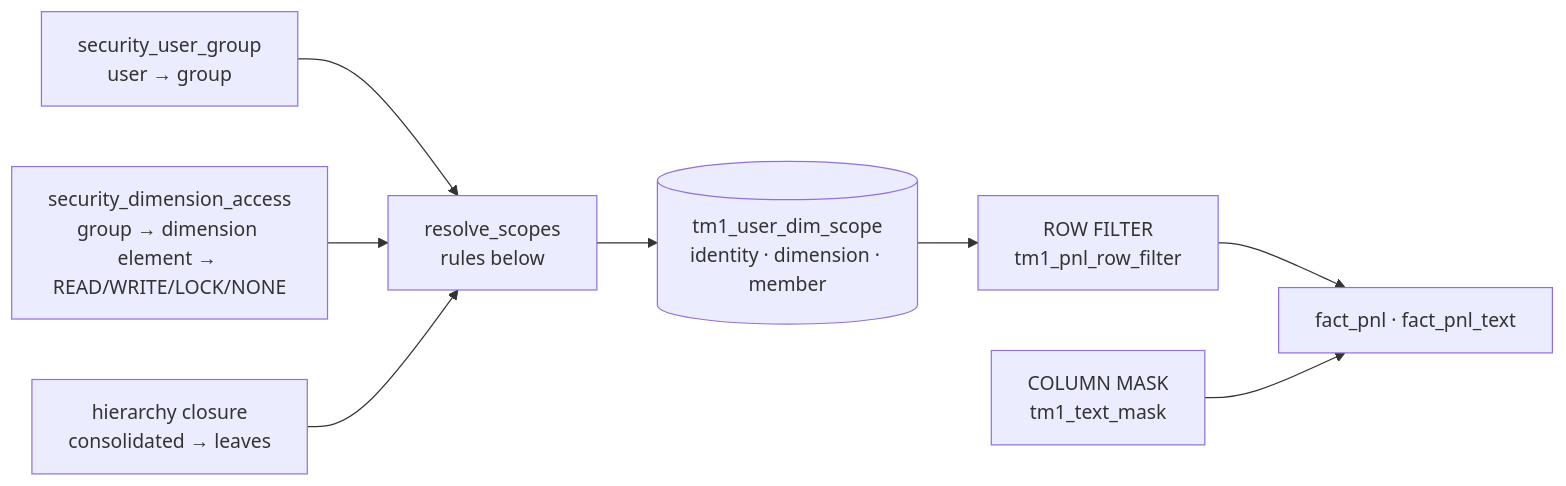
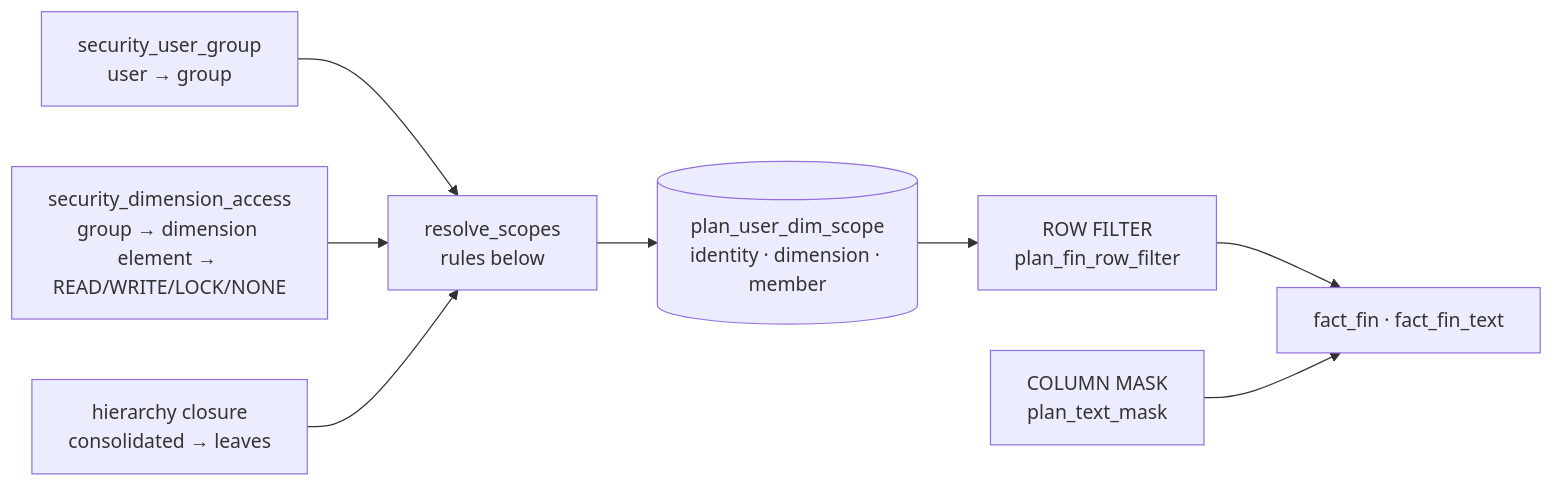
The fourth of 5 diagrams in docs/project_flow_and_ingestion_framework.md (sushanthg99/Databricks), drawn with Mermaid before and after one commit. The commit also changed other lines of this file and 10 other files, not shown here.

````diff
--- a/docs/project_flow_and_ingestion_framework.md
+++ b/docs/project_flow_and_ingestion_framework.md
@@ -213,10 +213,10 @@
 ```mermaid
 flowchart LR
     UG[security_user_group<br/>user → group] --> R
     GA[security_dimension_access<br/>group → dimension element → READ/WRITE/LOCK/NONE] --> R
     H[hierarchy closure<br/>consolidated → leaves] --> R
-    R[resolve_scopes<br/>rules below] --> T[(tm1_user_dim_scope<br/>identity · dimension · member)]
-    T --> F[ROW FILTER<br/>tm1_pnl_row_filter]
-    F --> FP[fact_pnl · fact_pnl_text]
-    M[COLUMN MASK<br/>tm1_text_mask] --> FP
+    R[resolve_scopes<br/>rules below] --> T[(plan_user_dim_scope<br/>identity · dimension · member)]
+    T --> F[ROW FILTER<br/>plan_fin_row_filter]
+    F --> FP[fact_fin · fact_fin_text]
+    M[COLUMN MASK<br/>plan_text_mask] --> FP
 ```
````
